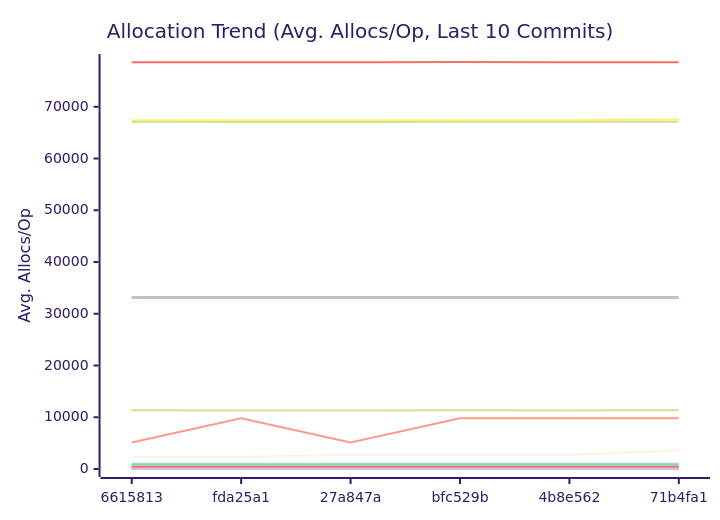
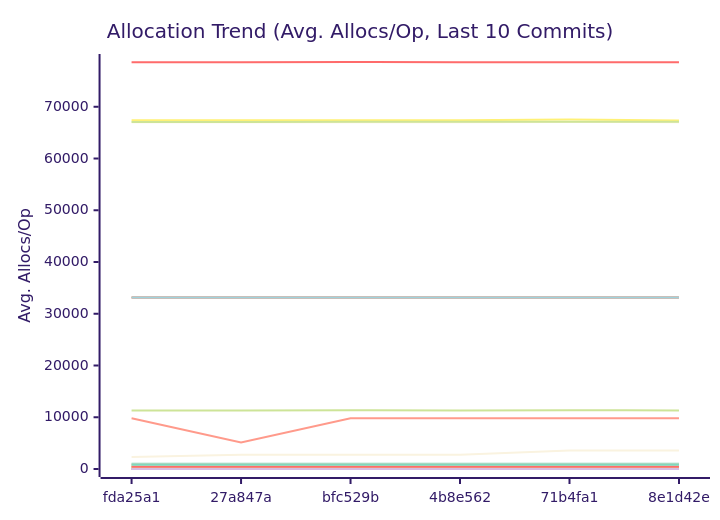
Before and after one commit to alsotoes/momo: the third of 3 diagrams in docs/PERFORMANCE.md, drawn with Mermaid (forest theme). The commit also changed other lines of this file and 5 other files, not shown here.

````diff
--- a/docs/PERFORMANCE.md
+++ b/docs/PERFORMANCE.md
@@ -360,44 +360,44 @@
 ```mermaid
 xychart-beta
     title "Allocation Trend (Avg. Allocs/Op, Last 10 Commits)"
     x-axis "Commit"
     y-axis "Avg. Allocs/Op"
-    x-axis [6615813,fda25a1,27a847a,bfc529b,4b8e562,71b4fa1]
-    line "AWSChunkedReaderSigned" [11331,11296,11287,11338,11329,11352,11316,11313,11300,11299]
-    line "AWSChunkedReaderUnsigned" [78609,78579,78582,78651,78603,78618,78588,78582,78589,78575]
+    x-axis [fda25a1,27a847a,bfc529b,4b8e562,71b4fa1,8e1d42e]
+    line "AWSChunkedReaderSigned" [11296,11287,11338,11329,11352,11316,11313,11300,11299,11305]
+    line "AWSChunkedReaderUnsigned" [78579,78582,78651,78603,78618,78588,78582,78589,78575,78586]
     line "CheckMetricsAndSwap" [0,0,0,0,0,0,0,0,0,0]
     line "CrushOptimized" [0,0,0,0,0,0,0,0,0,0]
     line "CrushOriginal" [3,3,3,3,3,3,3,3,3,3]
     line "FormatListObjectsV2XML_AppendFormat" [16,16,16,16,16,16,16,16,16,16]
     line "FormatListObjectsV2XML_OldFormat" [1000,1000,1000,1000,1000,1000,1000,1000,1000,1000]
     line "HashBytes/1MiB" [64,64,64,64,64,64,64,64,64,64]
     line "HashBytes/256MiB" [64,64,64,64,64,64,64,64,64,64]
     line "HashBytes/64MiB" [64,64,64,64,64,64,64,64,64,64]
     line "HashFile/1MiB" [33128,33128,33128,33128,33128,33128,33128,33128,33128,33128]
     line "HashFile/256MiB" [33128,33128,33128,33128,33128,33128,33128,33128,33128,33128]
-    line "HashFile/64MiB" [33128,33137,33128,33128,33128,33128,33128,33128,33128,33128]
+    line "HashFile/64MiB" [33137,33128,33128,33128,33128,33128,33128,33128,33128,33128]
     line "IndexDirectTracking" [0,0,0,0,0,0,0,0,0,0]
     line "IndexSearch" [0,0,0,0,0,0,0,0,0,0]
     line "LastModifiedHeader_AppendFormat" [0,0,0,0,0,0,0,0,0,0]
-    line "LastModifiedHeader_Format" [0,0,0,0,1,1,1,1,1,1]
+    line "LastModifiedHeader_Format" [0,0,0,1,1,1,1,1,1,1]
     line "LoadGlobalConfig" [58,58,58,58,58,58,58,58,58,58]
-    line "LocalWrite/1MiB" [67036,67029,67028,67031,67030,67036,67032,67034,67035,67028]
-    line "LocalWrite/256MiB" [67379,67372,67383,67413,67386,67552,67369,67393,67386,67388]
-    line "LocalWrite/64MiB" [67092,67077,67052,67096,67102,67105,67107,67056,67086,67077]
+    line "LocalWrite/1MiB" [67029,67028,67031,67030,67036,67032,67034,67035,67028,67030]
+    line "LocalWrite/256MiB" [67372,67383,67413,67386,67552,67369,67393,67386,67388,67358]
+    line "LocalWrite/64MiB" [67077,67052,67096,67102,67105,67107,67056,67086,67077,67086]
     line "PadString" [1,1,1,1,1,1,1,1,1,1]
     line "ParseReplicationOrder_NoPrealloc" [6,6,6,6,6,5,5,5,5,5]
     line "ParseReplicationOrder_Prealloc" [2,2,2,2,2,1,1,1,1,1]
     line "Placement" [6,6,6,6,6,6,6,6,6,6]
     line "PlacementDomainSpread" [6,6,6,6,6,6,6,6,6,6]
-    line "ReadVerify/1MiB" [470,460,462,473,468,479,467,465,462,461]
-    line "ReadVerify/256MiB" [5120,9808,5120,9808,9808,9808,9808,9808,9808,9808]
-    line "ReadVerify/64MiB" [2307,2307,2776,2776,2776,3557,3557,2776,2307,2776]
+    line "ReadVerify/1MiB" [460,462,473,468,479,467,465,462,461,460]
+    line "ReadVerify/256MiB" [9808,5120,9808,9808,9808,9808,9808,9808,9808,5120]
+    line "ReadVerify/64MiB" [2307,2776,2776,2776,3557,3557,2776,2307,2776,2776]
     line "S3PutSpool/1MiB" [447,447,447,447,447,447,447,447,447,447]
     line "S3PutSpool/256MiB" [448,448,448,448,448,448,448,448,448,448]
-    line "S3PutSpool/64MiB" [448,448,448,448,448,448,448,448,448,446]
+    line "S3PutSpool/64MiB" [448,448,448,448,448,448,448,448,446,448]
     line "SanitizeLog/Safe" [0,0,0,0,0,0,0,0,0,0]
     line "SanitizeLog/Unsafe" [1,1,1,1,1,1,1,1,1,1]
-    line "TrustedRead/1MiB" [800,800,800,839,840,800,834,800,800,800]
+    line "TrustedRead/1MiB" [800,800,839,840,800,834,800,800,800,800]
     line "TrustedRead/256MiB" [800,800,800,800,800,800,800,800,800,800]
     line "TrustedRead/64MiB" [800,800,800,800,800,800,800,800,800,800]
 ```
````
